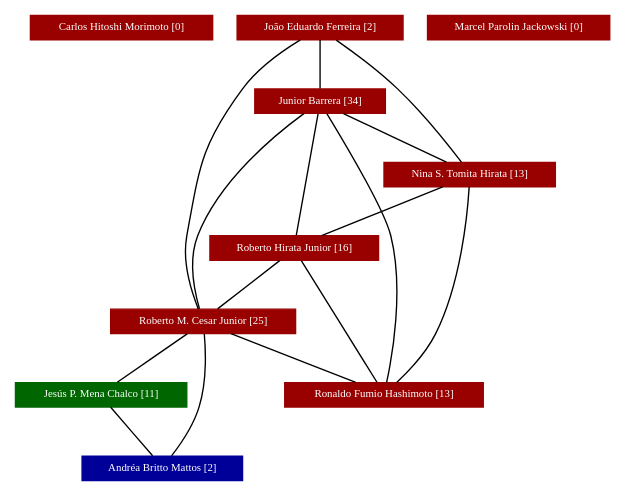
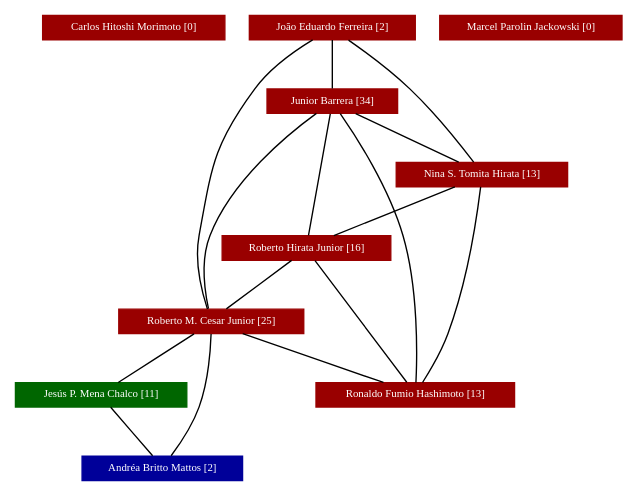
One commit to charles-souza/tcc-script-lattes changed the diagram in exemplo/teste-02/grafoDeColaboracoesSemPesos.dot. Above: the diagram before and after it, drawn with Graphviz. The commit also changed 191 other files, not shown here.

```diff
--- a/exemplo/teste-02/grafoDeColaboracoesSemPesos.dot
+++ b/exemplo/teste-02/grafoDeColaboracoesSemPesos.dot
@@ -1,29 +1,29 @@
 strict graph grafo1 {
 	graph [bb="0,0,426,342", id=grafo1, overlap=False];
 	node [label="\N", fontsize=8, shape=rectangle, style=filled];
 	0 [label="Carlos Hitoshi Morimoto [0]", URL="http://lattes.cnpq.br/4575931307749163", color="#990000", fontcolor="#FFFFFF", height="0.25", pos="67,333", width="1.8611"];
 	1 [label="João Eduardo Ferreira [2]", URL="http://lattes.cnpq.br/0131770792108992", color="#990000", fontcolor="#FFFFFF", height="0.25", pos="213,333", width="1.6944"];
-	6 [label="Roberto M. Cesar Junior [25]", URL="http://lattes.cnpq.br/2240951178648368", color="#990000", fontcolor="#FFFFFF", height="0.25", pos="113,117", width="1.8889"];
 	4 [label="Nina S. Tomita Hirata [13]", URL="http://lattes.cnpq.br/0644408634493034", color="#990000", fontcolor="#FFFFFF", height="0.25", pos="329,225", width="1.75"];
+	6 [label="Roberto M. Cesar Junior [25]", URL="http://lattes.cnpq.br/2240951178648368", color="#990000", fontcolor="#FFFFFF", height="0.25", pos="116,117", width="1.8889"];
 	2 [label="Junior Barrera [34]", URL="http://lattes.cnpq.br/0362417828475021", color="#990000", fontcolor="#FFFFFF", height="0.25", pos="213,279", width="1.3333"];
 	5 [label="Roberto Hirata Junior [16]", URL="http://lattes.cnpq.br/1647118503085126", color="#990000", fontcolor="#FFFFFF", height="0.25", pos="200,171", width="1.7222"];
 	7 [label="Ronaldo Fumio Hashimoto [13]", URL="http://lattes.cnpq.br/9283304583756076", color="#990000", fontcolor="#FFFFFF", height="0.25", pos="277,63", width="2.0278"];
-	9 [label="Andréa Britto Mattos [2]", URL="http://lattes.cnpq.br/2837012019824386", color="#000099", fontcolor="#FFFFFF", height="0.25", pos="71,9", width="1.6389"];
-	8 [label="Jesús P. Mena Chalco [11]", URL="http://lattes.cnpq.br/4727357182510680", color="#006600", fontcolor="#FFFFFF", height="0.25", pos="117,63", width="1.75"];
+	8 [label="Jesús P. Mena Chalco [11]", URL="http://lattes.cnpq.br/4727357182510680", color="#006600", fontcolor="#FFFFFF", height="0.25", pos="120,63", width="1.75"];
+	9 [label="Andréa Britto Mattos [2]", URL="http://lattes.cnpq.br/2837012019824386", color="#000099", fontcolor="#FFFFFF", height="0.25", pos="74,9", width="1.6389"];
 	3 [label="Marcel Parolin Jackowski [0]", URL="http://lattes.cnpq.br/0926213060635986", color="#990000", fontcolor="#FFFFFF", height="0.25", pos="359,333", width="1.8611"];
-	1 -- 6 [pos="197.17,324 184.44,316.02 166.92,303.28 156,288 118.45,235.45 113.59,153.36 113.04,126.12"];
 	1 -- 4 [pos="225.67,323.86 237.52,315.11 255.52,301.31 270,288 289.42,270.15 310.02,247.07 321,234.38"];
+	1 -- 6 [pos="196.88,323.86 184.15,315.89 166.79,303.23 156,288 126.67,246.6 128.52,229.84 119,180 115.38,161.07 115.32,138.39 115.64,126.07"];
 	1 -- 2 [pos="213,323.59 213,313.68 213,298.17 213,288.3"];
-	2 -- 5 [pos="211.89,269.79 209.44,249.39 203.56,200.57 201.11,180.18"];
-	2 -- 6 [pos="202.76,269.99 185.01,253.78 148.53,217.86 129,180 119.79,162.15 115.65,138.66 113.99,126.01"];
-	2 -- 7 [pos="220.42,269.88 233.46,253.23 260.16,216.26 271,180 282.6,141.22 279.79,92.033 277.96,72.051"];
-	2 -- 4 [pos="232.42,269.96 253.83,259.99 288.08,244.05 309.52,234.07"];
 	4 -- 5 [pos="307.41,215.96 283.6,205.99 245.5,190.05 221.66,180.07"];
 	4 -- 7 [pos="328.09,215.9 325.86,195.82 319.16,146.45 304,108 298.79,94.777 289.9,80.959 283.76,72.182"];
-	6 -- 9 [pos="88.531,107.94 73.01,100.77 54.18,89.084 45,72 35.142,53.656 51.128,30.758 62.082,18.238"];
-	6 -- 8 [pos="113.7,107.59 114.43,97.683 115.58,82.169 116.31,72.298"];
-	6 -- 7 [pos="140.45,107.96 170.72,97.994 219.15,82.048 249.46,72.068"];
-	5 -- 6 [pos="185.24,161.84 169.15,151.85 143.55,135.96 127.54,126.03"];
+	2 -- 4 [pos="232.42,269.96 253.83,259.99 288.08,244.05 309.52,234.07"];
+	2 -- 5 [pos="211.89,269.79 209.44,249.39 203.56,200.57 201.11,180.18"];
+	2 -- 6 [pos="202.3,269.82 184.17,253.63 147.57,218.09 129,180 120.29,162.13 117.41,138.65 116.46,126.01"];
+	2 -- 7 [pos="220.42,269.88 233.46,253.23 260.16,216.26 271,180 282.6,141.22 279.79,92.033 277.96,72.051"];
+	6 -- 8 [pos="116.7,107.59 117.43,97.683 118.58,82.169 119.31,72.298"];
+	6 -- 9 [pos="91.531,107.94 76.01,100.77 57.18,89.084 48,72 38.142,53.656 54.128,30.758 65.082,18.238"];
+	6 -- 7 [pos="142.95,107.96 172.67,97.994 220.21,82.048 249.96,72.068"];
+	5 -- 6 [pos="185.75,161.84 170.21,151.85 145.5,135.96 130.04,126.03"];
 	5 -- 7 [pos="206.56,161.79 221.11,141.39 255.92,92.567 270.45,72.185"];
-	8 -- 9 [pos="108.99,53.594 100.54,43.683 87.329,28.169 78.921,18.298"];
+	8 -- 9 [pos="111.99,53.594 103.54,43.683 90.329,28.169 81.921,18.298"];
 }
```
